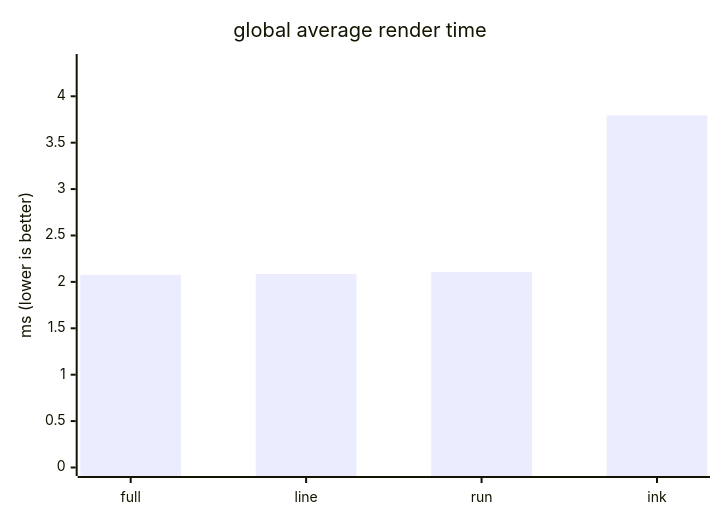
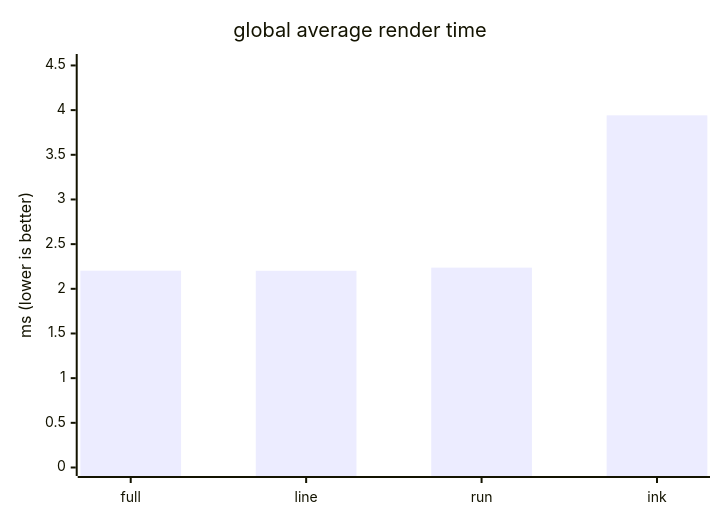
Before and after one commit to ByteLandTechnology/tinky: the ninth of 10 diagrams in docs/benchmark.md, drawn with Mermaid. The commit also changed other lines of this file and 1 other file, not shown here.

````diff
--- a/docs/benchmark.md
+++ b/docs/benchmark.md
@@ -157,7 +157,7 @@
 ```mermaid
 xychart-beta
     title "global average render time"
     x-axis ["full", "line", "run", "ink"]
-    y-axis "ms (lower is better)" 0 --> 4.364
-    bar [2.076, 2.085, 2.107, 3.794]
+    y-axis "ms (lower is better)" 0 --> 4.533
+    bar [2.203, 2.202, 2.237, 3.942]
 ```
````
